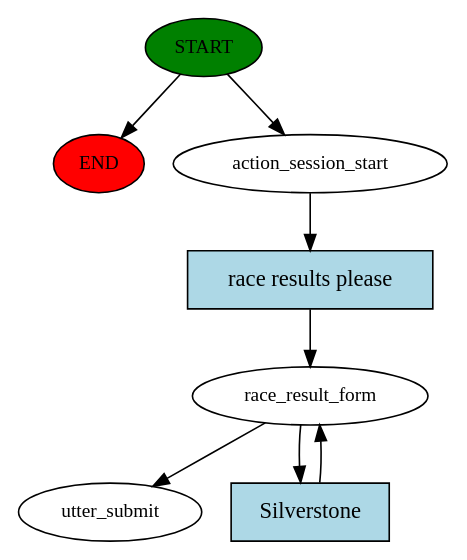
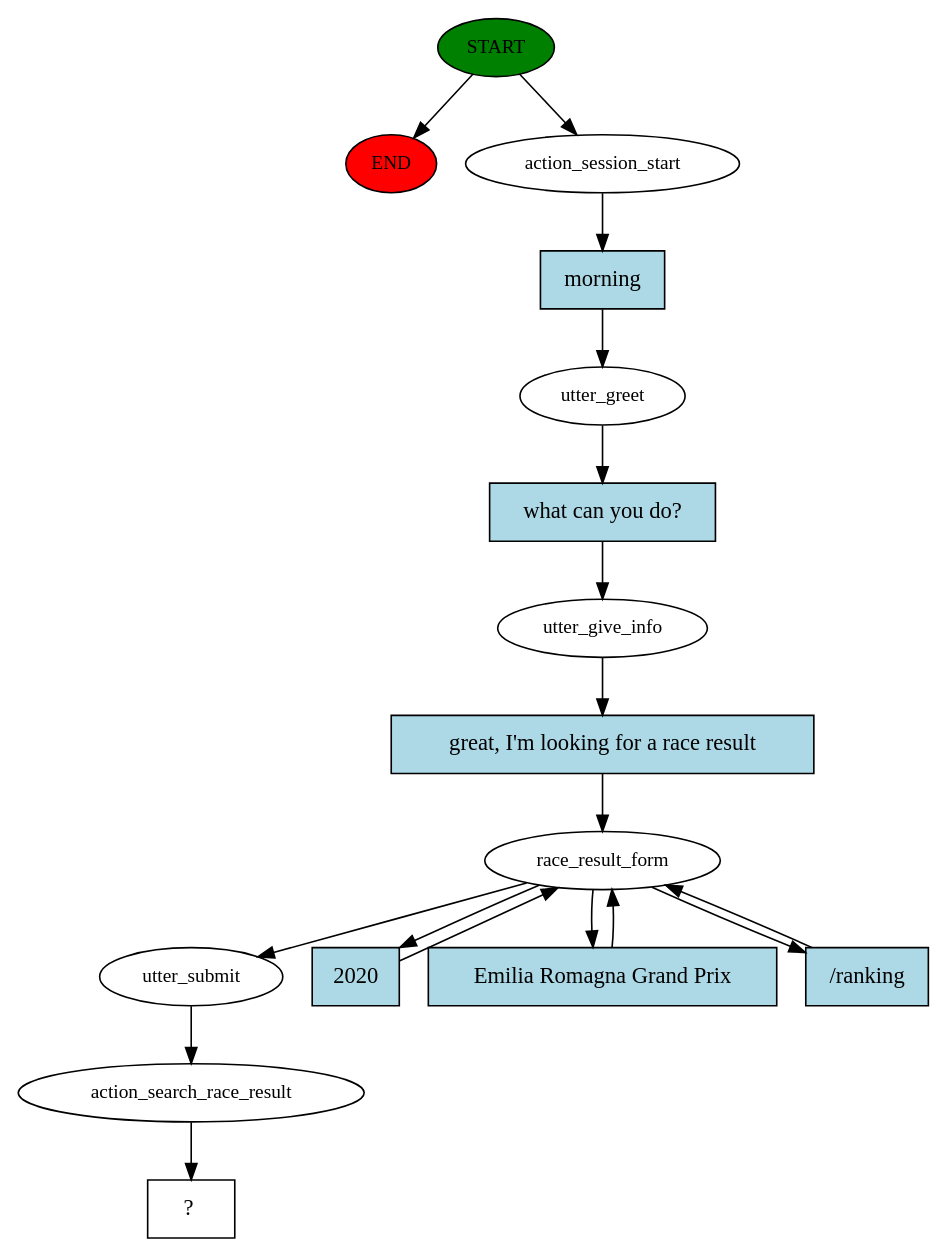
Before and after one commit to sebastianochiari/LUS-final-project: the diagram in story_graph.dot, drawn with Graphviz. The commit also changed 11 other files, not shown here.

Commit message:
🚧 add search_race_result + request_info + request_joke actions

```diff
--- a/story_graph.dot
+++ b/story_graph.dot
@@ -1,16 +1,34 @@
 digraph  {
 0 [class="start active", fillcolor=green, fontsize=12, label=START, style=filled];
 "-1" [class=end, fillcolor=red, fontsize=12, label=END, style=filled];
 1 [class=active, fontsize=12, label=action_session_start];
-2 [class=active, fontsize=12, label=race_result_form];
-5 [class="dashed active", fontsize=12, label=utter_submit];
-6 [class="intent active", fillcolor=lightblue, label="race results please", shape=rect, style=filled];
-7 [class="intent active", fillcolor=lightblue, label=Silverstone, shape=rect, style=filled];
+2 [class=active, fontsize=12, label=utter_greet];
+3 [class=active, fontsize=12, label=utter_give_info];
+4 [class=active, fontsize=12, label=race_result_form];
+8 [class=active, fontsize=12, label=utter_submit];
+9 [class=active, fontsize=12, label=action_search_race_result];
+10 [class="intent dashed active", label="  ?  ", shape=rect];
+11 [class="intent active", fillcolor=lightblue, label=morning, shape=rect, style=filled];
+12 [class="intent active", fillcolor=lightblue, label="what can you do?", shape=rect, style=filled];
+13 [class="intent active", fillcolor=lightblue, label="great, I'm looking for a race result", shape=rect, style=filled];
+14 [class="intent active", fillcolor=lightblue, label=2020, shape=rect, style=filled];
+15 [class="intent active", fillcolor=lightblue, label="Emilia Romagna Grand Prix", shape=rect, style=filled];
+16 [class="intent active", fillcolor=lightblue, label="/ranking", shape=rect, style=filled];
 0 -> "-1"  [class="", key=NONE, label=""];
 0 -> 1  [class=active, key=NONE, label=""];
-1 -> 6  [class=active, key=0];
-2 -> 5  [class=active, key=NONE, label=""];
-2 -> 7  [class=active, key=0];
-6 -> 2  [class=active, key=0];
-7 -> 2  [class=active, key=0];
+1 -> 11  [class=active, key=0];
+2 -> 12  [class=active, key=0];
+3 -> 13  [class=active, key=0];
+4 -> 8  [class=active, key=NONE, label=""];
+4 -> 14  [class=active, key=0];
+4 -> 15  [class=active, key=0];
+4 -> 16  [class=active, key=0];
+8 -> 9  [class=active, key=NONE, label=""];
+9 -> 10  [class=active, key=NONE, label=""];
+11 -> 2  [class=active, key=0];
+12 -> 3  [class=active, key=0];
+13 -> 4  [class=active, key=0];
+14 -> 4  [class=active, key=0];
+15 -> 4  [class=active, key=0];
+16 -> 4  [class=active, key=0];
 }
```
